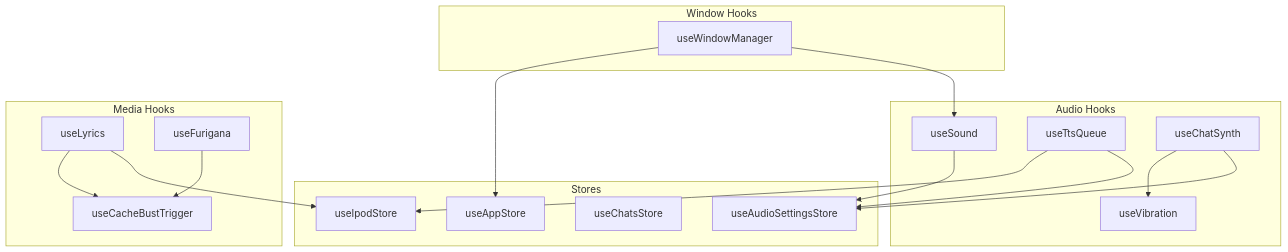
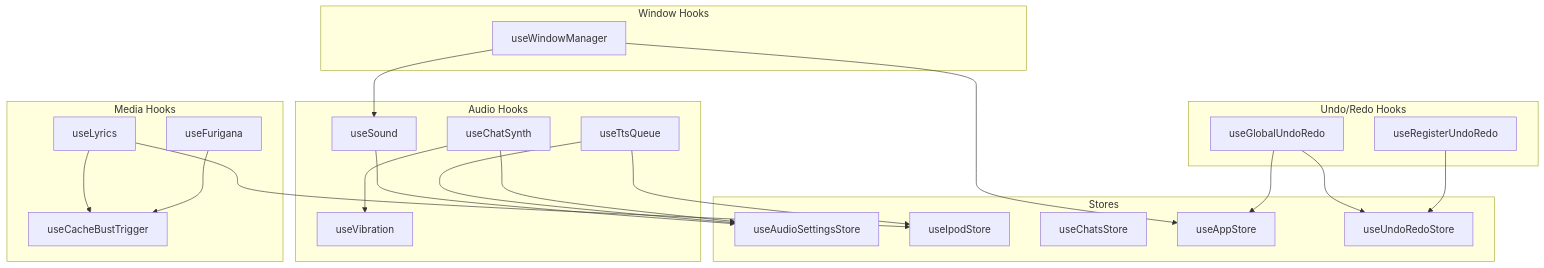
Before and after one commit to ryokun6/ryos: the second of 2 diagrams in docs/3.4-hooks-architecture.md, drawn with Mermaid. The commit also changed other lines of this file and 5 other files, not shown here.

````diff
--- a/docs/3.4-hooks-architecture.md
+++ b/docs/3.4-hooks-architecture.md
@@ -702,28 +766,35 @@
 ```mermaid
 graph TD
     subgraph "Stores"
         AS[useAudioSettingsStore]
         IS[useIpodStore]
         CS[useChatsStore]
         APS[useAppStore]
+        URS[useUndoRedoStore]
     end
     
     subgraph "Audio Hooks"
         US[useSound] --> AS
         UTT[useTtsQueue] --> AS
         UTT --> IS
         UCS[useChatSynth] --> AS
         UCS --> UV[useVibration]
     end
     
     subgraph "Media Hooks"
         UL[useLyrics] --> IS
         UL --> UCB[useCacheBustTrigger]
         UF[useFurigana] --> UCB
     end
     
     subgraph "Window Hooks"
         UWM[useWindowManager] --> US
         UWM --> APS
     end
+    
+    subgraph "Undo/Redo Hooks"
+        UGUR[useGlobalUndoRedo] --> APS
+        UGUR --> URS
+        UUR[useRegisterUndoRedo] --> URS
+    end
 ```
````
